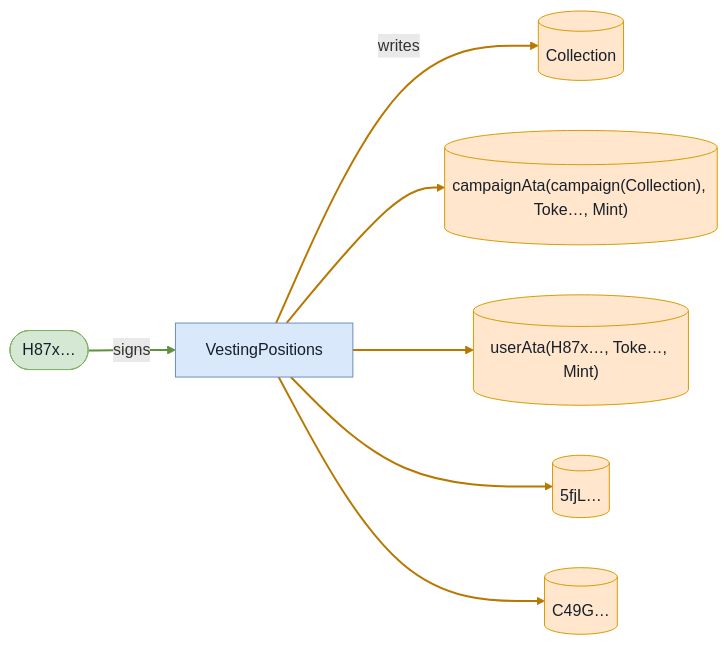
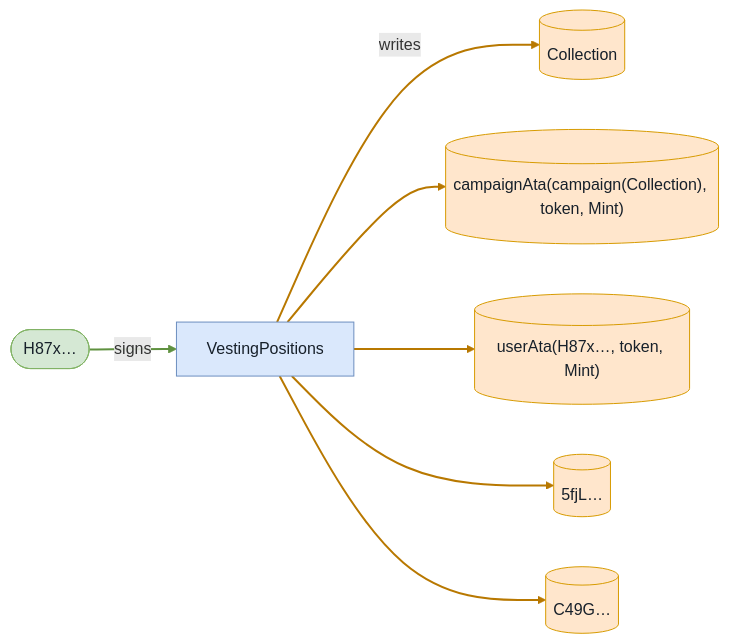
Diagram 17 of 18 in babelfish-tests/test-report/scenario_2_two_users_transfer_and_bob_claims_both.md (cds-turbin3/vesting-position), drawn with Mermaid before and after one commit. The commit also changed other lines of this file and 104 other files, not shown here.

````diff
--- a/babelfish-tests/test-report/scenario_2_two_users_transfer_and_bob_claims_both.md
+++ b/babelfish-tests/test-report/scenario_2_two_users_transfer_and_bob_claims_both.md
@@ -699,21 +699,21 @@
 ```mermaid
 flowchart LR
     VestingPositions["VestingPositions"]:::program
     H87x(["H87x…"]):::signer
     Collection[("Collection")]:::state
-    campaignAtacampaignCollectionTokeMint[("campaignAta(campaign(Collection), Toke…, Mint)")]:::state
-    userAtaH87xTokeMint[("userAta(H87x…, Toke…, Mint)")]:::state
+    campaignAtacampaignCollectiontokenMint[("campaignAta(campaign(Collection), token, Mint)")]:::state
+    userAtaH87xtokenMint[("userAta(H87x…, token, Mint)")]:::state
     n5fjL[("5fjL…")]:::state
     C49G[("C49G…")]:::state
     H87x -->|signs| VestingPositions
     VestingPositions -->|writes| Collection
-    VestingPositions --> campaignAtacampaignCollectionTokeMint
-    VestingPositions --> userAtaH87xTokeMint
+    VestingPositions --> campaignAtacampaignCollectiontokenMint
+    VestingPositions --> userAtaH87xtokenMint
     VestingPositions --> n5fjL
     VestingPositions --> C49G
     classDef program fill:#dae8fc,stroke:#6c8ebf,color:#17202a;
     classDef signer fill:#d5e8d4,stroke:#82b366,color:#17202a;
     classDef state fill:#ffe6cc,stroke:#d79b00,color:#17202a;
     linkStyle 0 stroke:#5f913f,stroke-width:2px
     linkStyle 1,2,3,4,5 stroke:#b87800,stroke-width:2px
 ```
````
